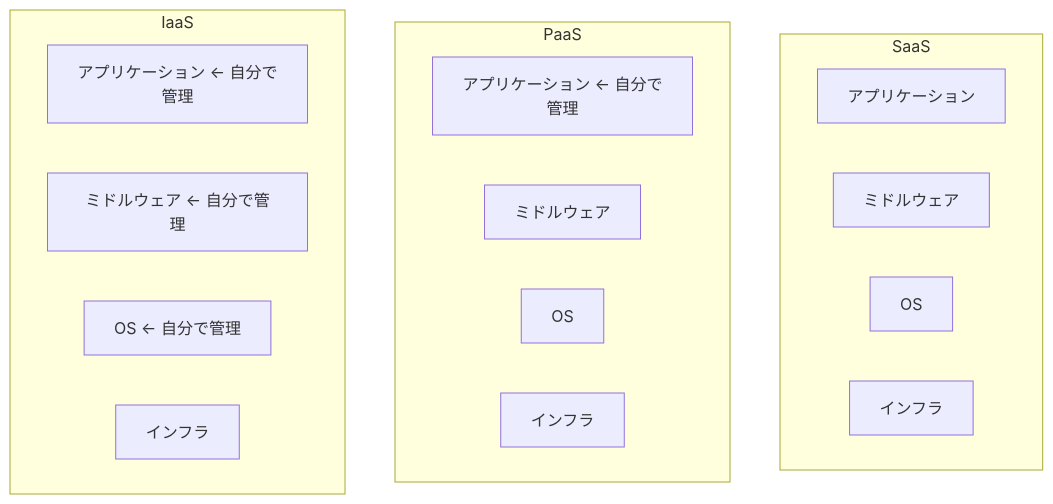
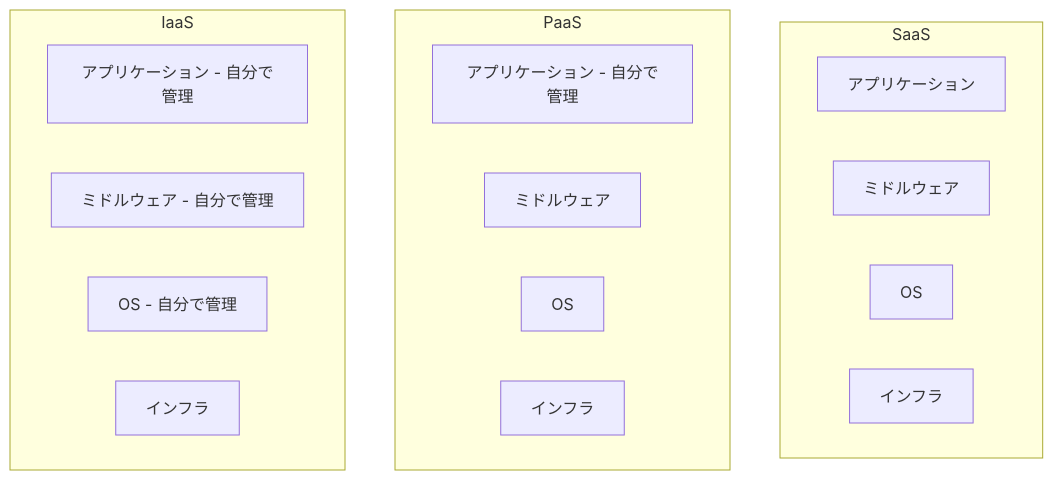
Diagram 15 of 20 in training/basics.md (x86-unix/docs), drawn with Mermaid before and after one commit. The commit also changed other lines of this file, not shown here.

Commit message:
fix: mermaid図内のUnicode矢印文字を修正

````diff
--- a/training/basics.md
+++ b/training/basics.md
@@ -609,21 +609,21 @@
 ```mermaid
 graph TB
     subgraph SaaS
         App2[アプリケーション]
         MW2[ミドルウェア]
         OS2[OS]
         Infra2[インフラ]
     end
     subgraph PaaS
-        App1[アプリケーション ← 自分で管理]
+        App1[アプリケーション - 自分で管理]
         MW1[ミドルウェア]
         OS1[OS]
         Infra1[インフラ]
     end
     subgraph IaaS
-        App0[アプリケーション ← 自分で管理]
-        MW0[ミドルウェア ← 自分で管理]
-        OS0[OS ← 自分で管理]
+        App0[アプリケーション - 自分で管理]
+        MW0[ミドルウェア - 自分で管理]
+        OS0[OS - 自分で管理]
         Infra0[インフラ]
     end
 ```
````
